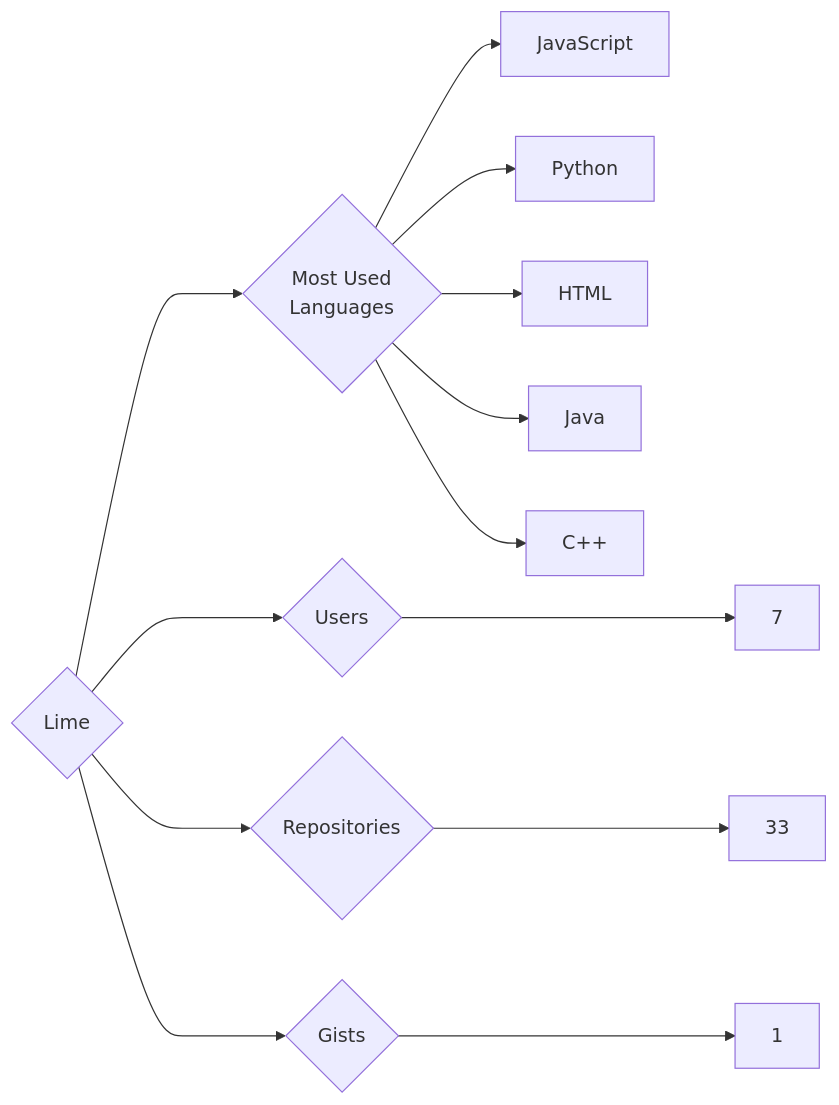
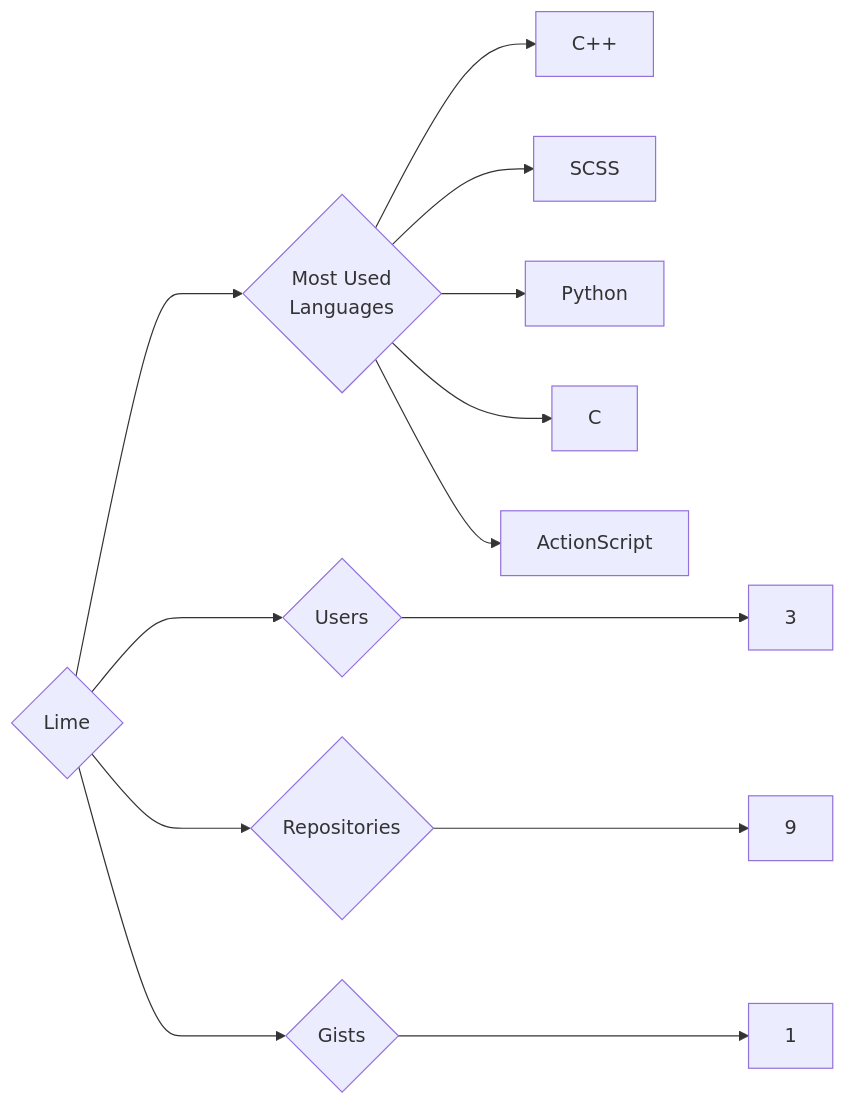
The diagram in targets/Lime/README.md (trickest/insiders), drawn with Mermaid before and after one commit. The commit also changed 1508 other files, not shown here.

````diff
--- a/targets/Lime/README.md
+++ b/targets/Lime/README.md
@@ -3,13 +3,13 @@
 ```mermaid
 graph LR
 COMPANY_NAME{Lime}
-COMPANY_NAME ---> U{Users} ---> UN[7]
-COMPANY_NAME ---> R{Repositories} ---> RN[33]
+COMPANY_NAME ---> U{Users} ---> UN[3]
+COMPANY_NAME ---> R{Repositories} ---> RN[9]
 COMPANY_NAME ---> G{Gists} ---> GN[1]
 COMPANY_NAME ---> ML{Most Used<br>Languages}
-ML --> JavaScript[JavaScript]
+ML --> C++[C++]
+ML --> SCSS[SCSS]
 ML --> Python[Python]
-ML --> HTML[HTML]
-ML --> Java[Java]
-ML --> C++[C++]
+ML --> C[C]
+ML --> ActionScript[ActionScript]
 ```
````
